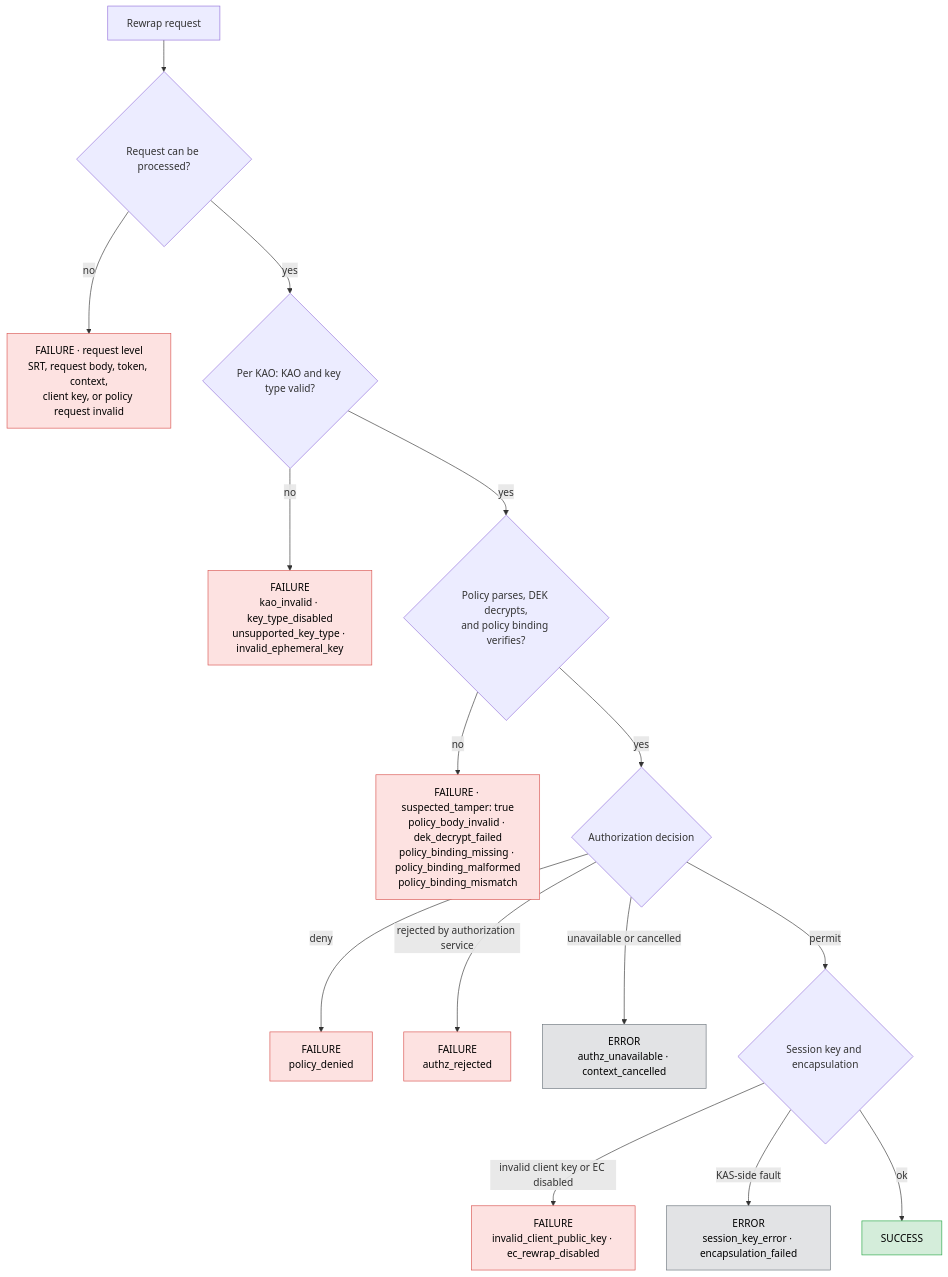
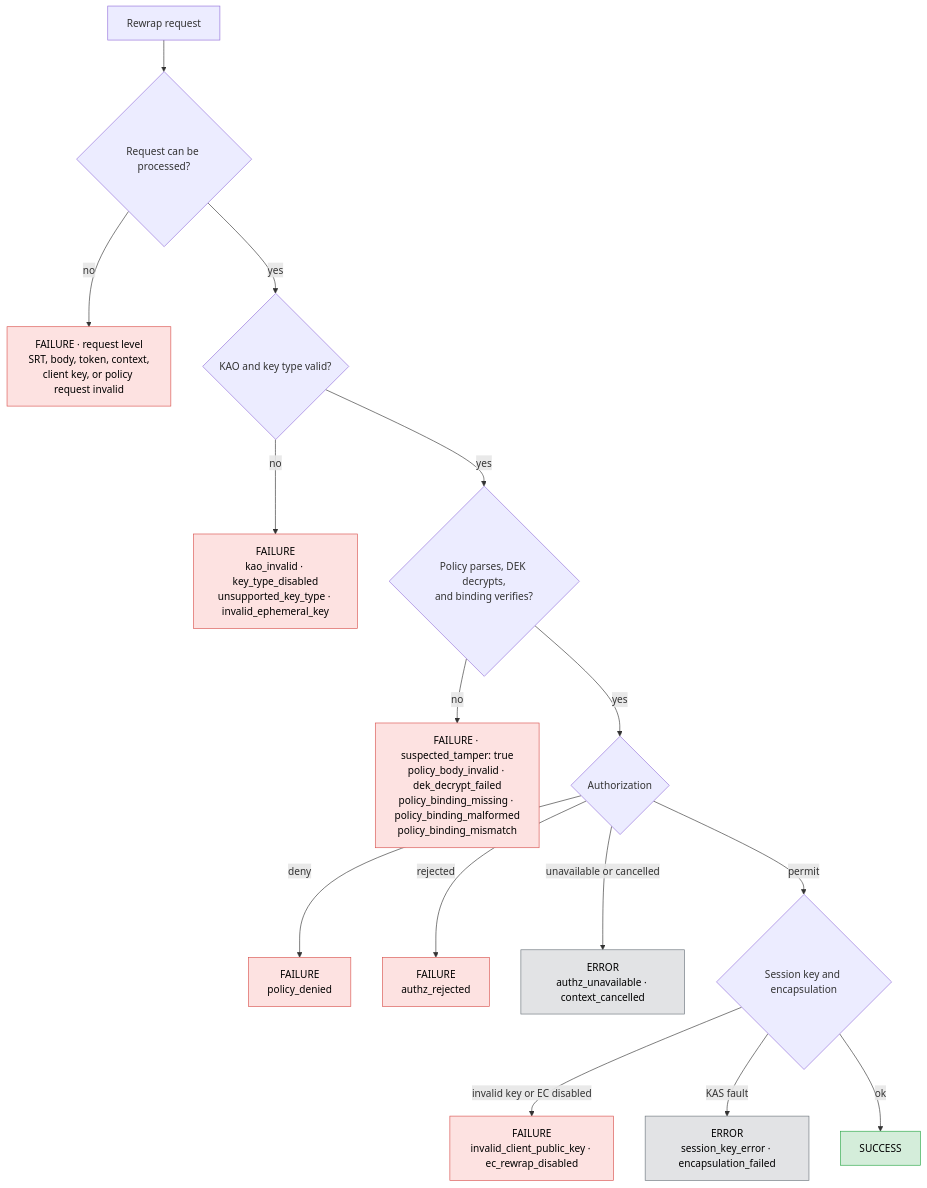
One commit to opentdf/platform changed the diagram in service/kas/access/REWRAP_AUDIT.md. Above: the diagram before and after it, drawn with Mermaid. The commit also changed other lines of this file and 1 other file, not shown here.

Commit message:
docs(audit): tighten rewrap outcome reference

````diff
--- a/service/kas/access/REWRAP_AUDIT.md
+++ b/service/kas/access/REWRAP_AUDIT.md
@@ -13,24 +9,24 @@
 ```mermaid
 flowchart TD
     A[Rewrap request] --> B{Request can be processed?}
-    B -->|no| F1["FAILURE · request level<br/>SRT, request body, token, context,<br/>client key, or policy request invalid"]
-    B -->|yes| C{"Per KAO: KAO and key type valid?"}
+    B -->|no| F1["FAILURE · request level<br/>SRT, body, token, context,<br/>client key, or policy request invalid"]
+    B -->|yes| C{"KAO and key type valid?"}
     C -->|no| F2["FAILURE<br/>kao_invalid · key_type_disabled<br/>unsupported_key_type · invalid_ephemeral_key"]
-    C -->|yes| D{"Policy parses, DEK decrypts,<br/>and policy binding verifies?"}
+    C -->|yes| D{"Policy parses, DEK decrypts,<br/>and binding verifies?"}
     D -->|no| F3["FAILURE · suspected_tamper: true<br/>policy_body_invalid · dek_decrypt_failed<br/>policy_binding_missing · policy_binding_malformed<br/>policy_binding_mismatch"]
-    D -->|yes| E{Authorization decision}
+    D -->|yes| E{Authorization}
     E -->|deny| F4["FAILURE<br/>policy_denied"]
-    E -->|rejected by authorization service| F5["FAILURE<br/>authz_rejected"]
+    E -->|rejected| F5["FAILURE<br/>authz_rejected"]
     E -->|unavailable or cancelled| E1["ERROR<br/>authz_unavailable · context_cancelled"]
     E -->|permit| G{Session key and encapsulation}
-    G -->|invalid client key or EC disabled| F6["FAILURE<br/>invalid_client_public_key · ec_rewrap_disabled"]
-    G -->|KAS-side fault| E2["ERROR<br/>session_key_error · encapsulation_failed"]
+    G -->|invalid key or EC disabled| F6["FAILURE<br/>invalid_client_public_key · ec_rewrap_disabled"]
+    G -->|KAS fault| E2["ERROR<br/>session_key_error · encapsulation_failed"]
     G -->|ok| S[SUCCESS]
 
     classDef success fill:#d4edda,stroke:#28a745,color:#000
     classDef failure fill:#fde2e1,stroke:#d9534f,color:#000
     classDef error fill:#e2e3e5,stroke:#6c757d,color:#000
     class S success
     class F1,F2,F3,F4,F5,F6 failure
     class E1,E2 error
 ```
````
